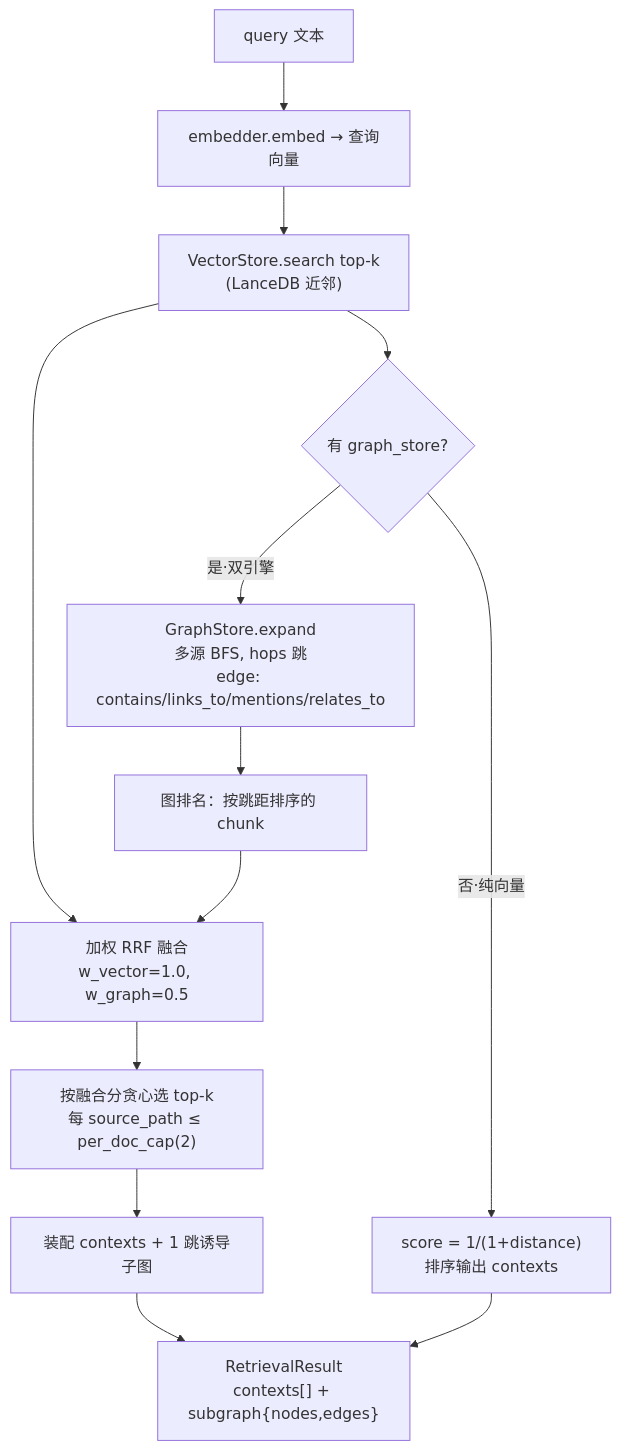
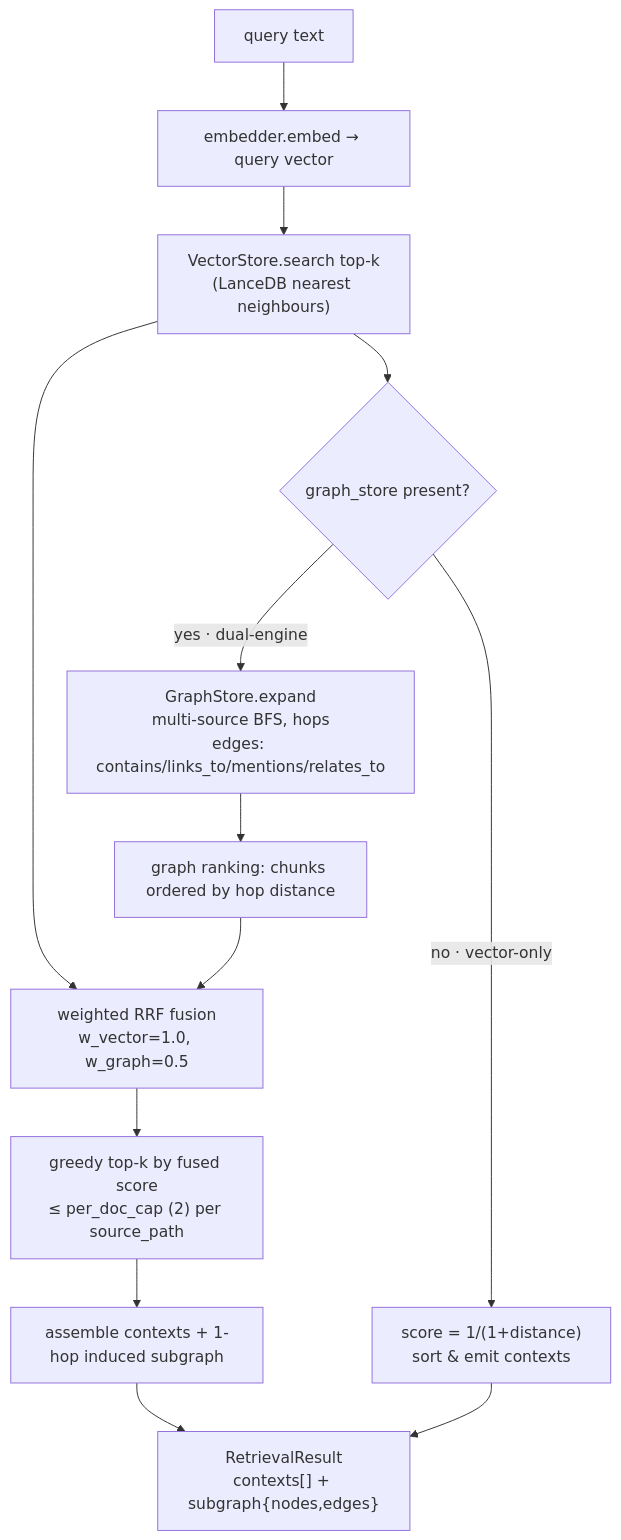
Before and after one commit to Jouryjc/markdown-graph: the fourth of 6 diagrams in README.md, drawn with Mermaid. The commit also changed other lines of this file and 2 other files, not shown here.

````diff
--- a/README.md
+++ b/README.md
@@ -200,17 +222,17 @@
 ```mermaid
 flowchart TD
-    Q["query 文本"] --> QV["embedder.embed → 查询向量"]
-    QV --> VR["VectorStore.search top-k<br/>(LanceDB 近邻)"]
-    VR --> MODE{"有 graph_store?"}
+    Q["query text"] --> QV["embedder.embed → query vector"]
+    QV --> VR["VectorStore.search top-k<br/>(LanceDB nearest neighbours)"]
+    VR --> MODE{"graph_store present?"}
 
-    MODE -->|否·纯向量| VO["score = 1/(1+distance)<br/>排序输出 contexts"]
+    MODE -->|no · vector-only| VO["score = 1/(1+distance)<br/>sort & emit contexts"]
 
-    MODE -->|是·双引擎| EXP["GraphStore.expand<br/>多源 BFS, hops 跳<br/>edge: contains/links_to/mentions/relates_to"]
-    EXP --> GR["图排名：按跳距排序的 chunk"]
-    VR --> RRF["加权 RRF 融合<br/>w_vector=1.0, w_graph=0.5"]
+    MODE -->|yes · dual-engine| EXP["GraphStore.expand<br/>multi-source BFS, hops<br/>edges: contains/links_to/mentions/relates_to"]
+    EXP --> GR["graph ranking: chunks ordered by hop distance"]
+    VR --> RRF["weighted RRF fusion<br/>w_vector=1.0, w_graph=0.5"]
     GR --> RRF
-    RRF --> CAP["按融合分贪心选 top-k<br/>每 source_path ≤ per_doc_cap(2)"]
-    CAP --> ASM["装配 contexts + 1 跳诱导子图"]
+    RRF --> CAP["greedy top-k by fused score<br/>≤ per_doc_cap (2) per source_path"]
+    CAP --> ASM["assemble contexts + 1-hop induced subgraph"]
     ASM --> OUT["RetrievalResult<br/>contexts[] + subgraph{nodes,edges}"]
     VO --> OUT
 ```
````
